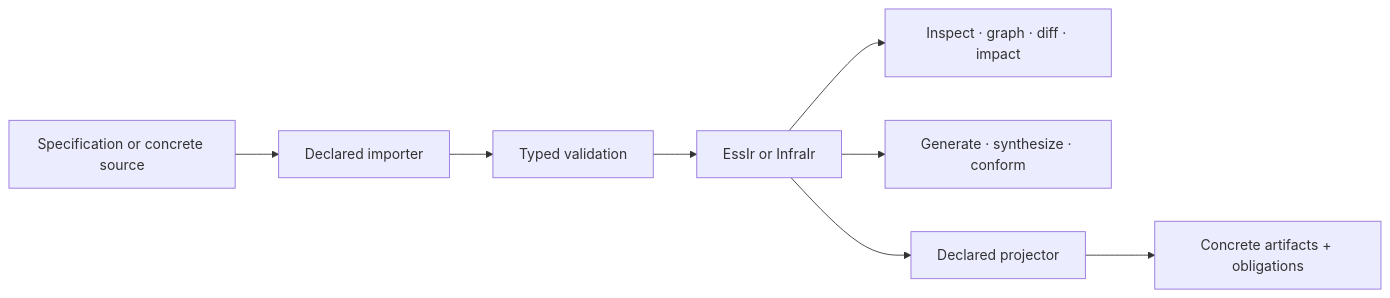
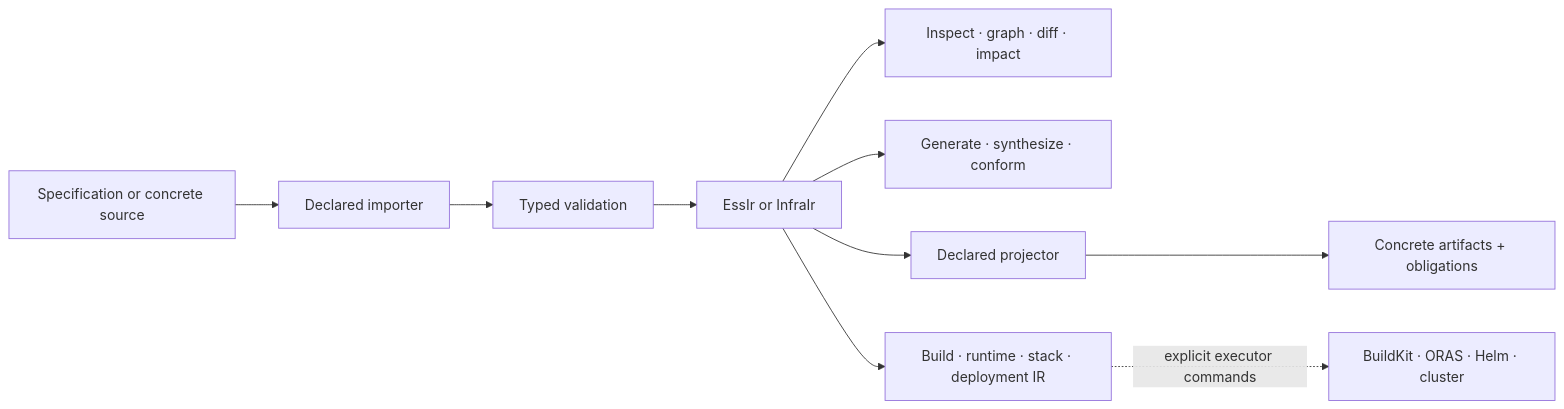
One commit to beyond10x/ess changed the diagram in website/docs/concepts/overview.md. Above: the diagram before and after it, drawn with Mermaid. The commit also changed other lines of this file and 18 other files, not shown here.

````diff
--- a/website/docs/concepts/overview.md
+++ b/website/docs/concepts/overview.md
@@ -11,10 +13,12 @@
 ```mermaid
 flowchart LR
   Source[Specification or concrete source] --> Adapter[Declared importer]
   Adapter --> Validate[Typed validation]
   Validate --> IR[EssIr or InfraIr]
   IR --> Analyze[Inspect · graph · diff · impact]
   IR --> Generate[Generate · synthesize · conform]
   IR --> Project[Declared projector]
   Project --> Artifact[Concrete artifacts + obligations]
+  IR --> Deliver[Build · runtime · stack · deployment IR]
+  Deliver -. explicit executor commands .-> External[BuildKit · ORAS · Helm · cluster]
 ```
````
